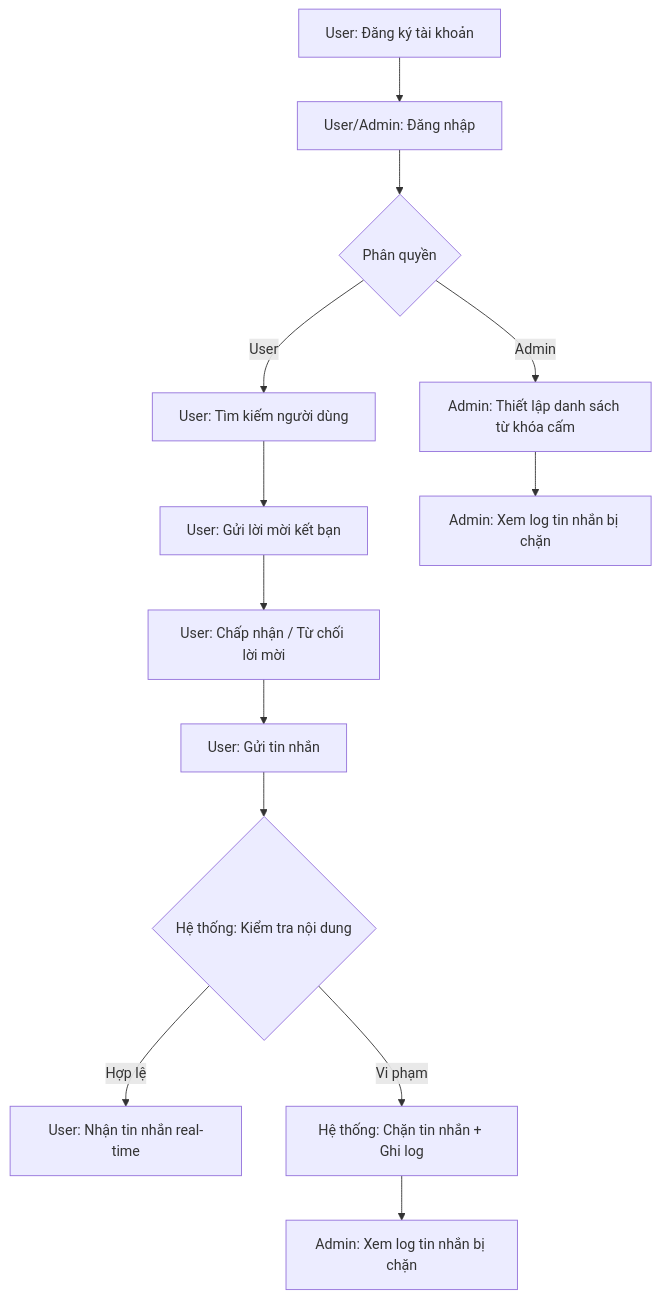
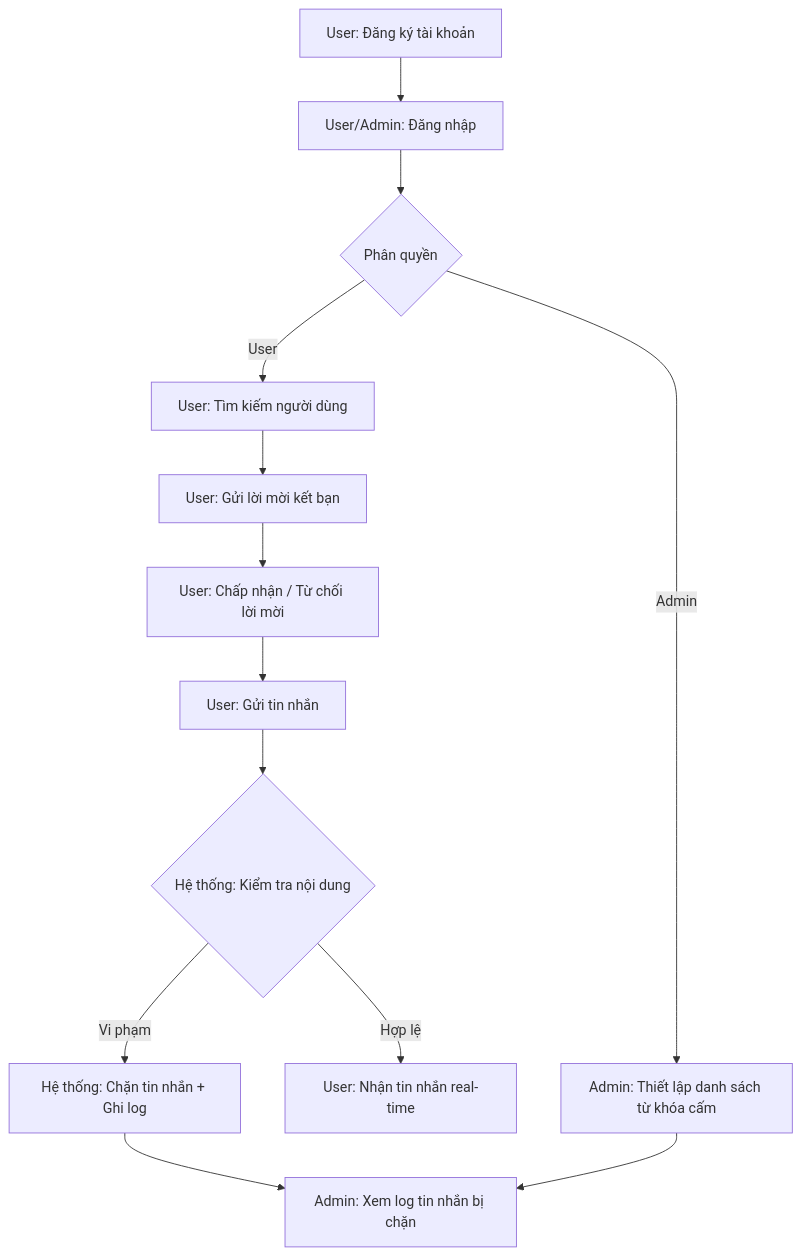
The first of 5 diagrams in docs/analysis-and-design.md (HiepNguyen284/chatapp-microservice), drawn with Mermaid before and after one commit. The commit also changed other lines of this file and 5 other files, not shown here.

````diff
--- a/docs/analysis-and-design.md
+++ b/docs/analysis-and-design.md
@@ -28,15 +28,15 @@
 ```mermaid
 flowchart TD
     A[User: Đăng ký tài khoản] --> B[User/Admin: Đăng nhập]
     B --> C{Phân quyền}
     C -->|Admin| D[Admin: Thiết lập danh sách từ khóa cấm]
     C -->|User| E[User: Tìm kiếm người dùng]
     E --> F[User: Gửi lời mời kết bạn]
     F --> G[User: Chấp nhận / Từ chối lời mời]
     G --> H[User: Gửi tin nhắn]
     H --> I{Hệ thống: Kiểm tra nội dung}
     I -->|Hợp lệ| J[User: Nhận tin nhắn real-time]
     I -->|Vi phạm| K[Hệ thống: Chặn tin nhắn + Ghi log]
     K --> L[Admin: Xem log tin nhắn bị chặn]
-    D --> M[Admin: Xem log tin nhắn bị chặn]
+    D --> L
 ```
````
